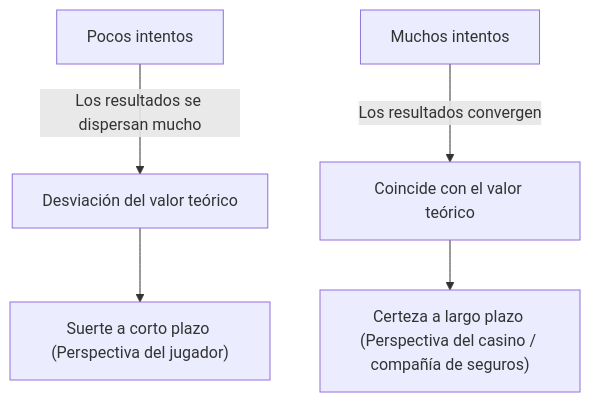
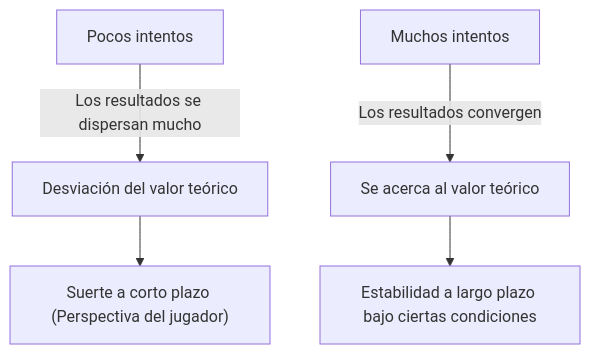
The first of 2 diagrams in content/post/law-of-large-numbers/index.es.md (kenjinote/blog), drawn with Mermaid before and after one commit. The commit also changed other lines of this file and 12 other files, not shown here.

````diff
--- a/content/post/law-of-large-numbers/index.es.md
+++ b/content/post/law-of-large-numbers/index.es.md
@@ -30,7 +30,7 @@
 ```mermaid
 graph TD
     A["Pocos intentos"] -->|"Los resultados se dispersan mucho"| B["Desviación del valor teórico"]
-    C["Muchos intentos"] -->|"Los resultados convergen"| D["Coincide con el valor teórico"]
+    C["Muchos intentos"] -->|"Los resultados convergen"| D["Se acerca al valor teórico"]
     B --> E["Suerte a corto plazo (Perspectiva del jugador)"]
-    D --> F["Certeza a largo plazo (Perspectiva del casino / compañía de seguros)"]
+    D --> F["Estabilidad a largo plazo bajo ciertas condiciones"]
 ```
````
